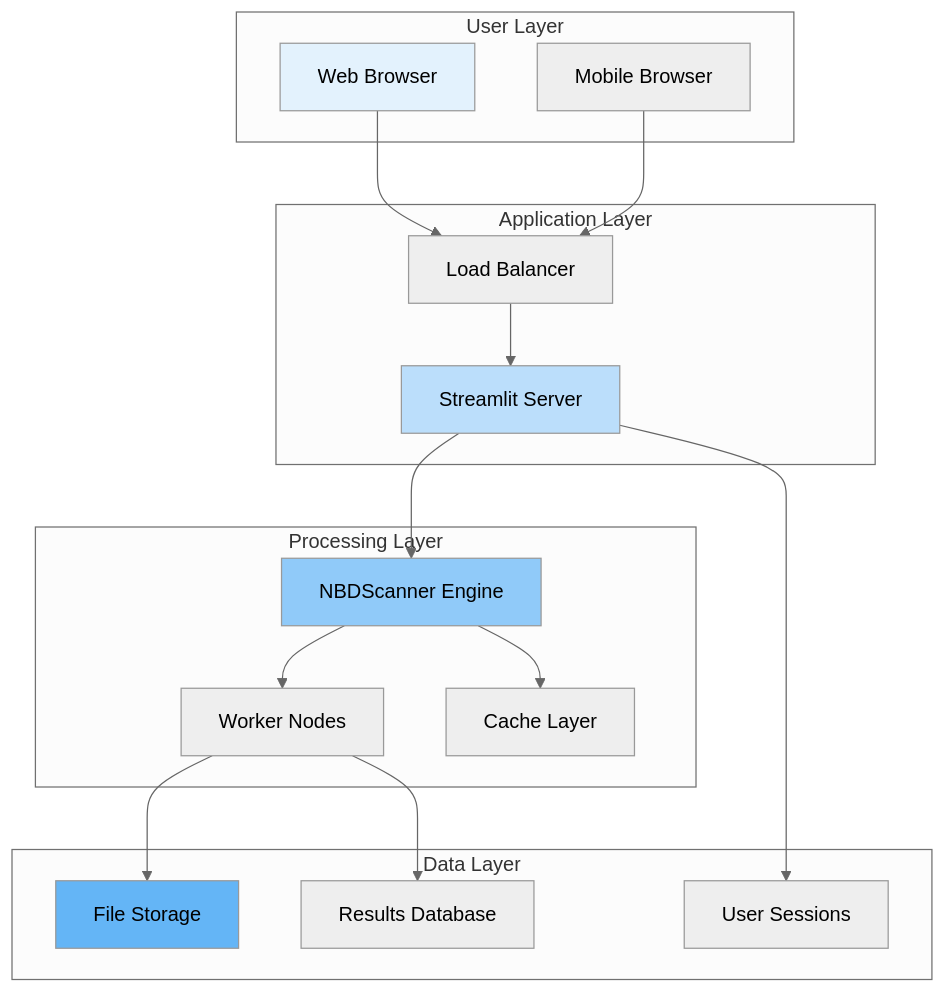
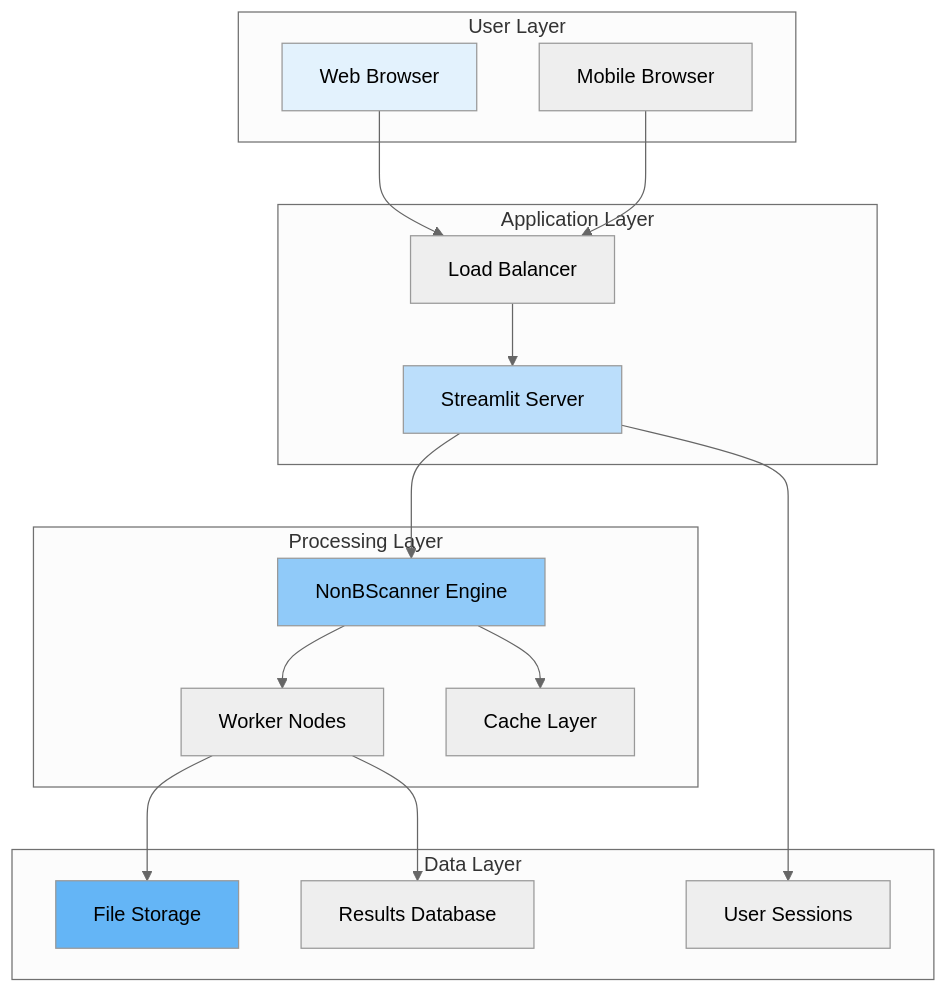
Before and after one commit to VRYella/NonBScanner: diagram 20 of 20 in VISUAL_FLOWCHARTS.md, drawn with Mermaid (neutral theme). The commit also changed other lines of this file and 3 other files, not shown here.

Commit message:
Fix naming consistency: NBDFinder → NonBScanner, standardize email addresses

````diff
--- a/VISUAL_FLOWCHARTS.md
+++ b/VISUAL_FLOWCHARTS.md
@@ -701,39 +701,39 @@
 ```mermaid
 graph TB
     subgraph "User Layer"
         A[Web Browser]
         B[Mobile Browser]
     end
     
     subgraph "Application Layer"
         C[Streamlit Server]
         D[Load Balancer]
     end
     
     subgraph "Processing Layer"
-        E[NBDScanner Engine]
+        E[NonBScanner Engine]
         F[Worker Nodes]
         G[Cache Layer]
     end
     
     subgraph "Data Layer"
         H[File Storage]
         I[Results Database]
         J[User Sessions]
     end
     
     A --> D
     B --> D
     D --> C
     C --> E
     E --> F
     E --> G
     F --> H
     F --> I
     C --> J
     
     style A fill:#e3f2fd
     style C fill:#bbdefb
     style E fill:#90caf9
     style H fill:#64b5f6
 ```
````
